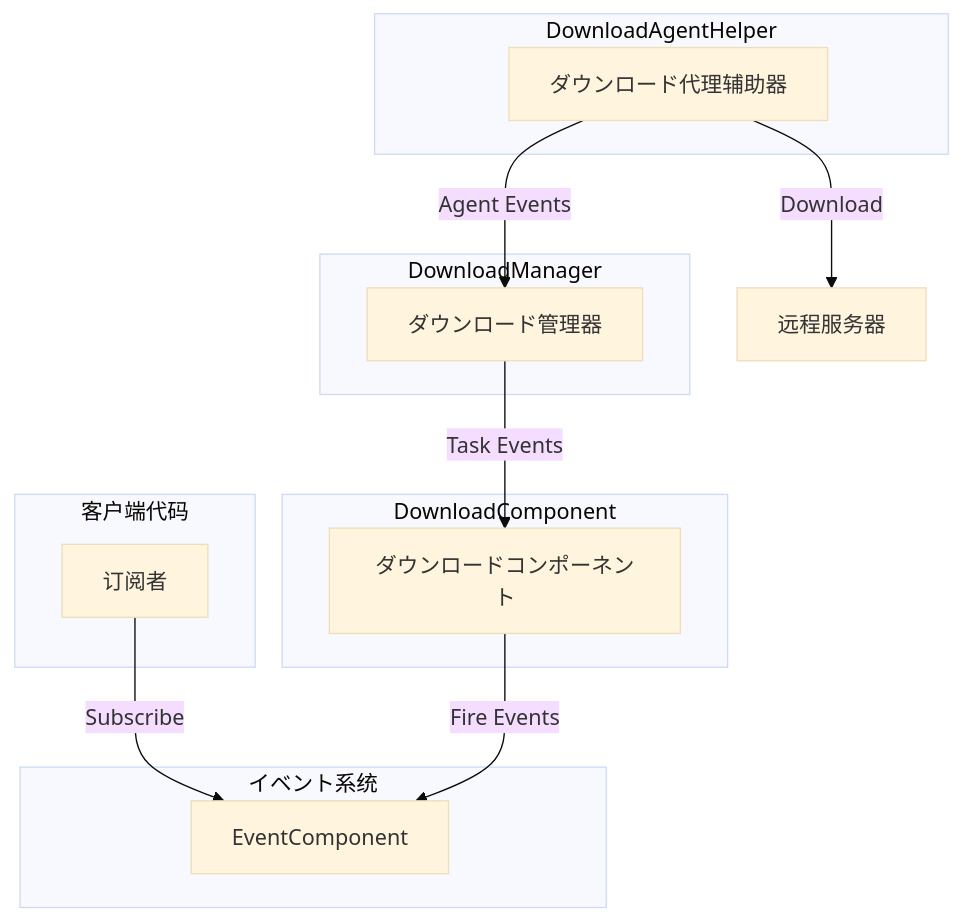
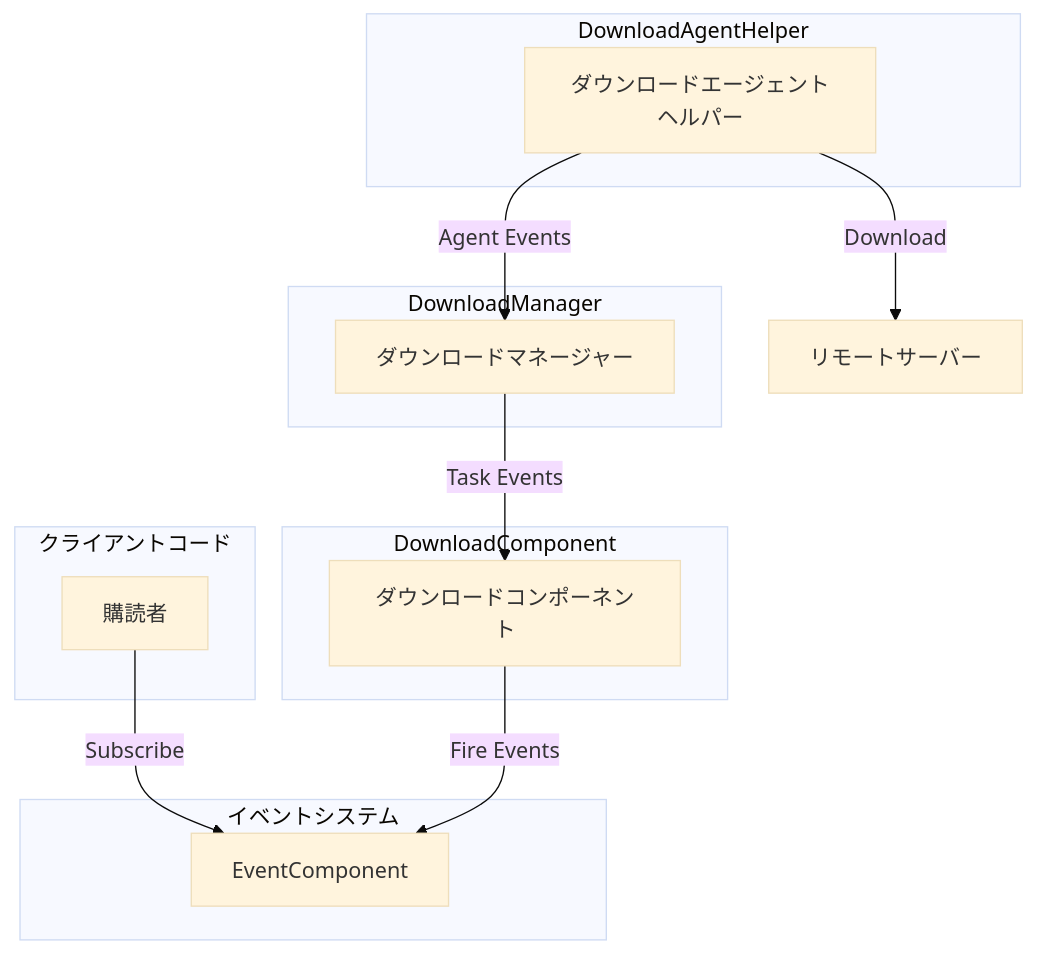
One commit to AlianBlank/GameFrameX.Docs changed the first of 2 diagrams in docs/ja/client/unity/component/download/11.download-events.md. Above: the diagram before and after it, drawn with Mermaid (base theme). The commit also changed other lines of this file and 320 other files, not shown here.

````diff
--- a/docs/ja/client/unity/component/download/11.download-events.md
+++ b/docs/ja/client/unity/component/download/11.download-events.md
@@ -18,28 +18,28 @@
 ```mermaid
 flowchart TD
-    subgraph Client["客户端代码"]
-        Subscriber[订阅者]
+    subgraph Client["クライアントコード"]
+        Subscriber[購読者]
     end
 
     subgraph DownloadComponent["DownloadComponent"]
         DC[ダウンロードコンポーネント]
     end
 
-    subgraph EventSystem["イベント系统"]
+    subgraph EventSystem["イベントシステム"]
         EC[EventComponent]
     end
 
     subgraph DownloadManager["DownloadManager"]
-        DM[ダウンロード管理器]
+        DM[ダウンロードマネージャー]
     end
 
     subgraph DownloadAgent["DownloadAgentHelper"]
-        DA[ダウンロード代理辅助器]
+        DA[ダウンロードエージェントヘルパー]
     end
 
     Subscriber -->|"Subscribe"| EC
     DC -->|"Fire Events"| EC
     DM -->|"Task Events"| DC
     DA -->|"Agent Events"| DM
-    DA -->|"Download"| Server[远程服务器]
+    DA -->|"Download"| Server[リモートサーバー]
 ```
````
